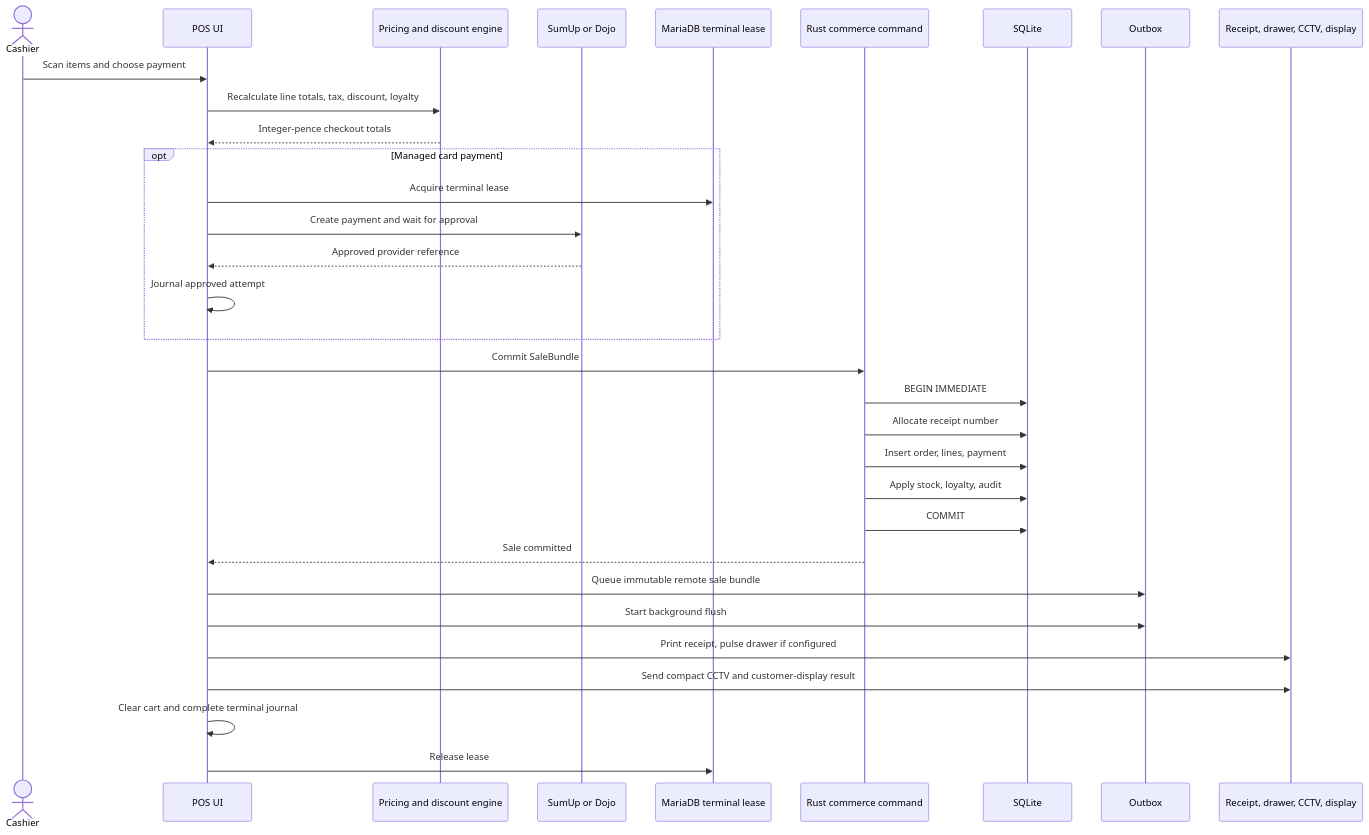
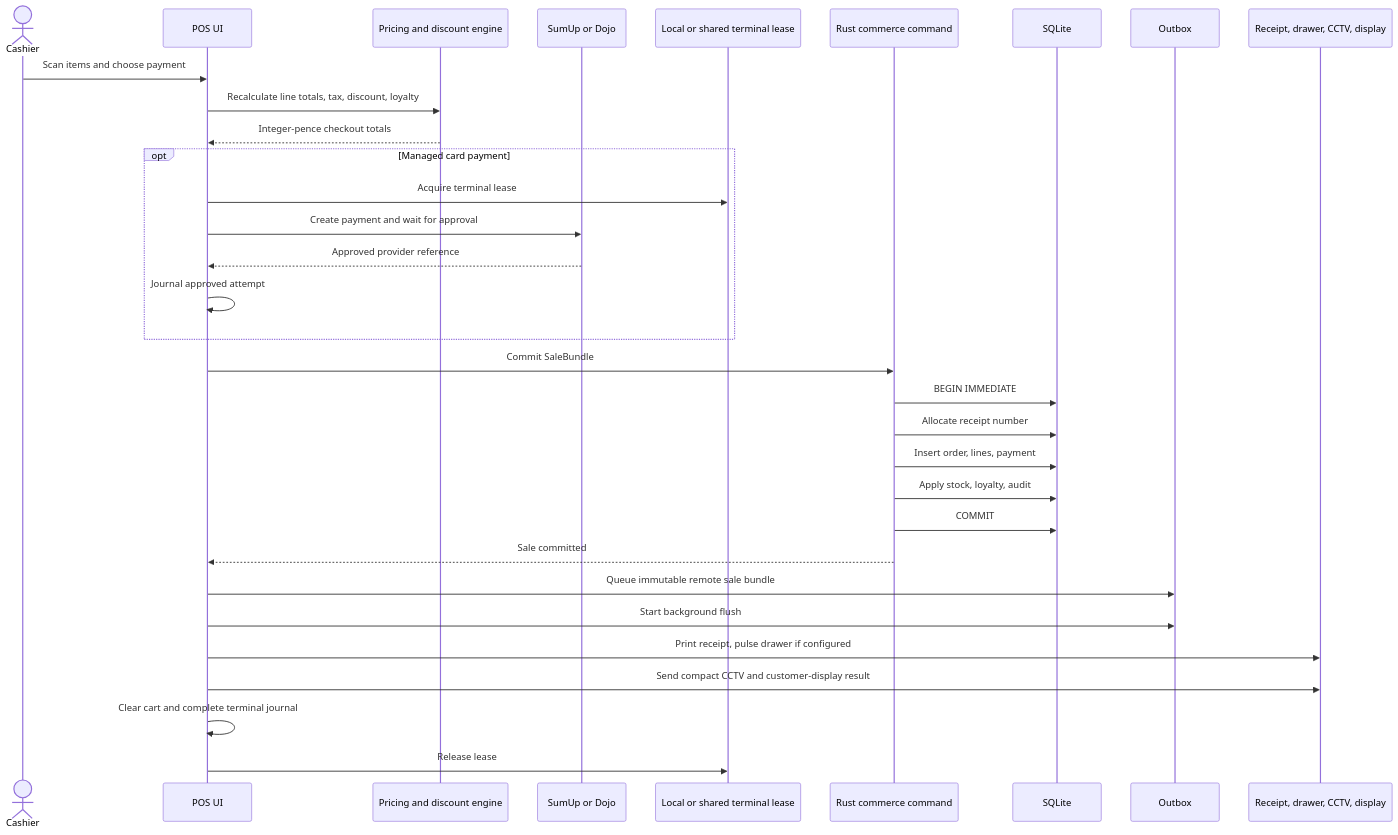
The tenth of 19 diagrams in docs/SYSTEM_DESIGN.md (elamredda-cmd/tauriPOS), drawn with Mermaid before and after one commit. The commit also changed other lines of this file and 38 other files, not shown here.

````diff
--- a/docs/SYSTEM_DESIGN.md
+++ b/docs/SYSTEM_DESIGN.md
@@ -575,38 +578,38 @@
 ```mermaid
 sequenceDiagram
     actor Cashier
     participant POS as POS UI
     participant Rules as Pricing and discount engine
     participant Provider as SumUp or Dojo
-    participant Lease as MariaDB terminal lease
+    participant Lease as Local or shared terminal lease
     participant Native as Rust commerce command
     participant SQLite as SQLite
     participant Queue as Outbox
     participant Devices as Receipt, drawer, CCTV, display
 
     Cashier->>POS: Scan items and choose payment
     POS->>Rules: Recalculate line totals, tax, discount, loyalty
     Rules-->>POS: Integer-pence checkout totals
 
     opt Managed card payment
         POS->>Lease: Acquire terminal lease
         POS->>Provider: Create payment and wait for approval
         Provider-->>POS: Approved provider reference
         POS->>POS: Journal approved attempt
     end
 
     POS->>Native: Commit SaleBundle
     Native->>SQLite: BEGIN IMMEDIATE
     Native->>SQLite: Allocate receipt number
     Native->>SQLite: Insert order, lines, payment
     Native->>SQLite: Apply stock, loyalty, audit
     Native->>SQLite: COMMIT
     Native-->>POS: Sale committed
     POS->>Queue: Queue immutable remote sale bundle
     POS->>Queue: Start background flush
 
     POS->>Devices: Print receipt, pulse drawer if configured
     POS->>Devices: Send compact CCTV and customer-display result
     POS->>POS: Clear cart and complete terminal journal
     POS->>Lease: Release lease
 ```
````
